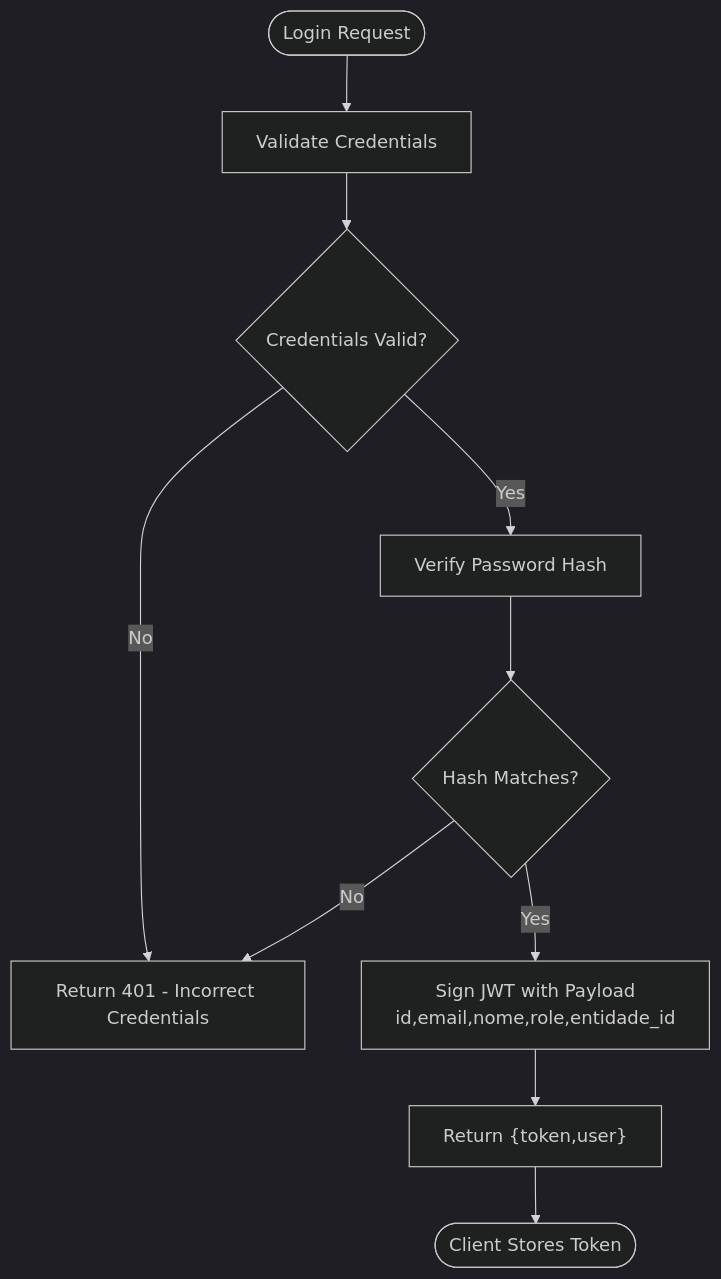
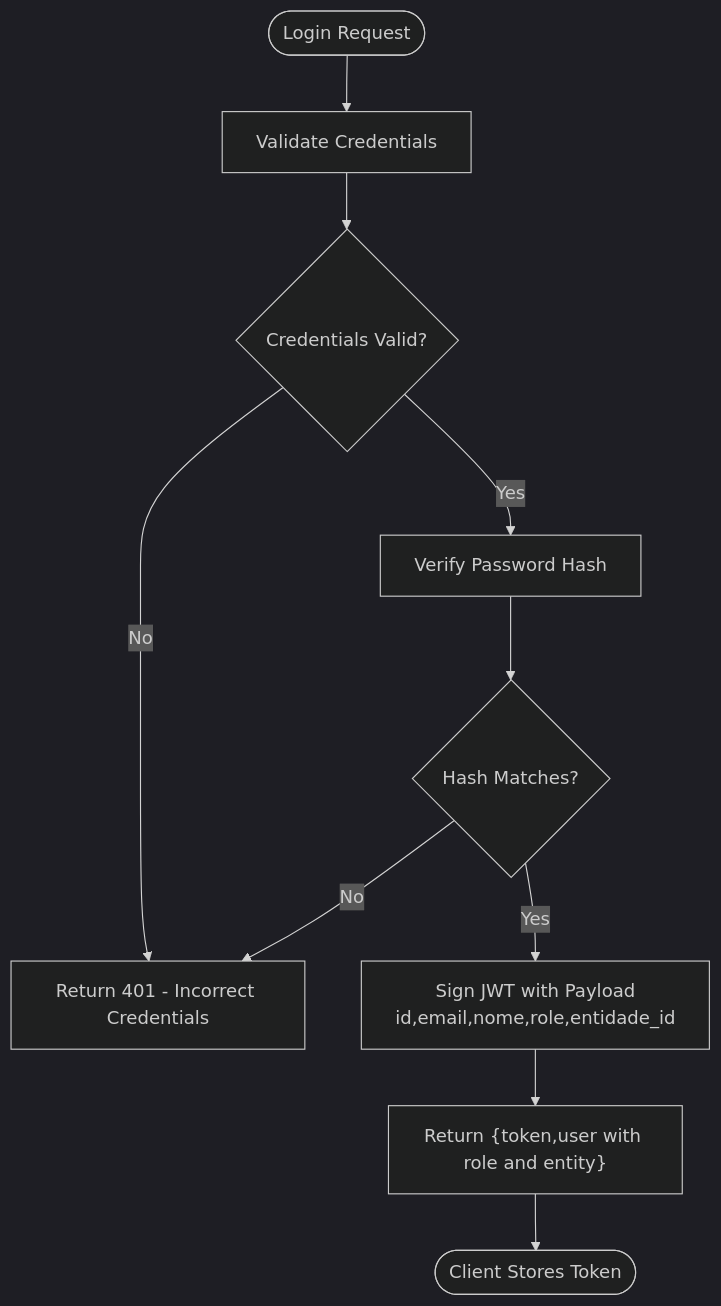
Before and after one commit to luiseduacosta/nodemural: the third of 10 diagrams in .qoder/repowiki/en/content/Authentication & Authorization System/Authentication & Authorization System.md, drawn with Mermaid (dark theme). The commit also changed other lines of this file and 27 other files, not shown here.

````diff
--- a/.qoder/repowiki/en/content/Authentication & Authorization System/Authentication & Authorization System.md
+++ b/.qoder/repowiki/en/content/Authentication & Authorization System/Authentication & Authorization System.md
@@ -147,12 +172,12 @@
 ```mermaid
 flowchart TD
 Start(["Login Request"]) --> Validate["Validate Credentials"]
 Validate --> ValidCreds{"Credentials Valid?"}
 ValidCreds --> |No| ErrCreds["Return 401 - Incorrect Credentials"]
 ValidCreds --> |Yes| HashCheck["Verify Password Hash"]
 HashCheck --> HashMatch{"Hash Matches?"}
 HashMatch --> |No| ErrCreds
 HashMatch --> |Yes| SignJWT["Sign JWT with Payload<br/>id,email,nome,role,entidade_id"]
-SignJWT --> ReturnToken["Return {token,user}"]
+SignJWT --> ReturnToken["Return {token,user with role and entity}"]
 ReturnToken --> End(["Client Stores Token"])
 ```
````
